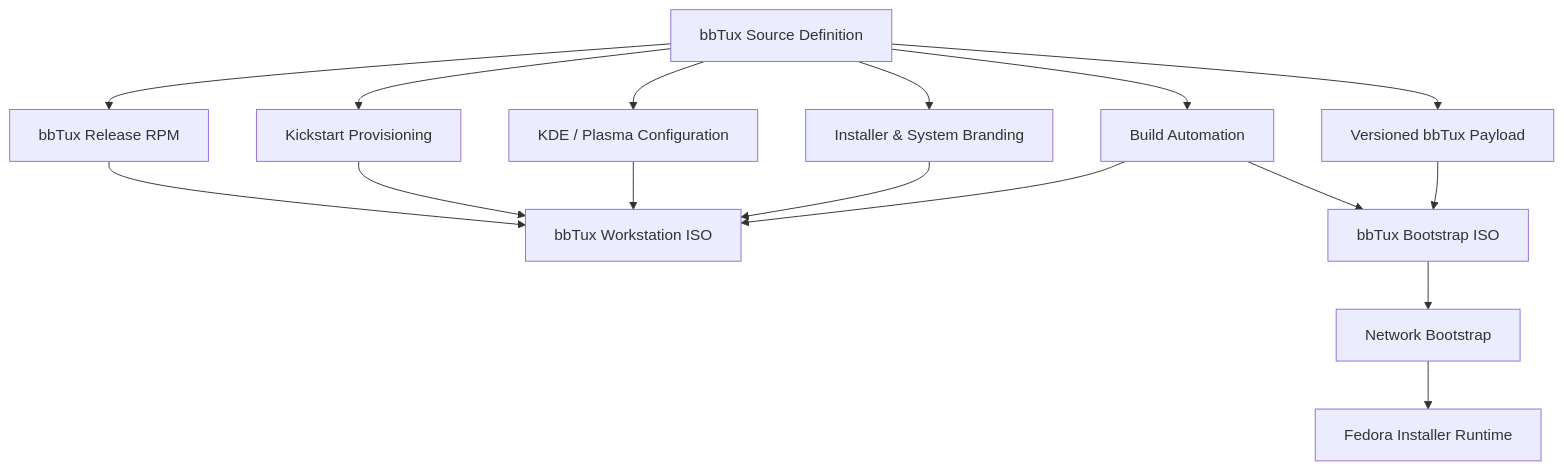
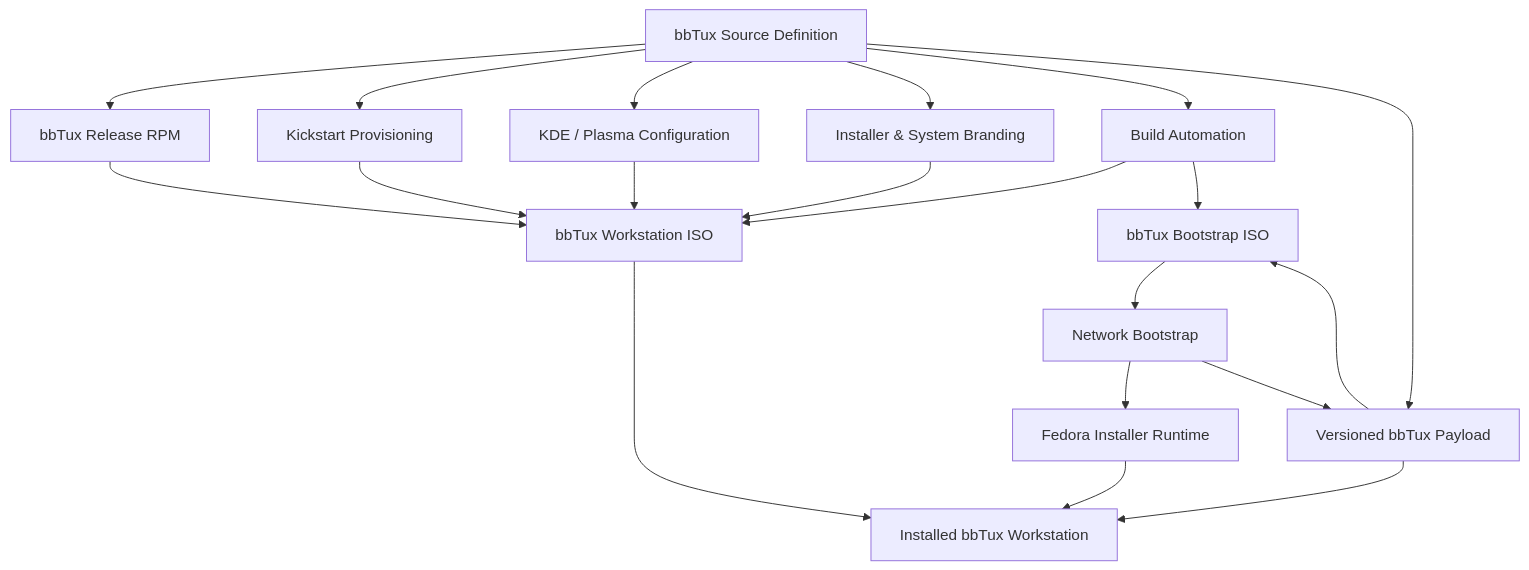
One commit to thepocock/bbTux changed the first of 4 diagrams in README.md. Above: the diagram before and after it, drawn with Mermaid.

````diff
--- a/README.md
+++ b/README.md
@@ -44,24 +44,28 @@
 ```mermaid
 flowchart TD
     SRC["bbTux Source Definition"]
-
     SRC --> RPM["bbTux Release RPM"]
     SRC --> KS["Kickstart Provisioning"]
     SRC --> KDE["KDE / Plasma Configuration"]
     SRC --> BRAND["Installer & System Branding"]
     SRC --> BUILD["Build Automation"]
 
     RPM --> ISO["bbTux Workstation ISO"]
     KS --> ISO
     KDE --> ISO
     BRAND --> ISO
     BUILD --> ISO
 
     SRC --> PAYLOAD["Versioned bbTux Payload"]
     BUILD --> BOOT["bbTux Bootstrap ISO"]
     PAYLOAD --> BOOT
 
     BOOT --> NETWORK["Network Bootstrap"]
     NETWORK --> FEDORA["Fedora Installer Runtime"]
+    NETWORK --> PAYLOAD
+
+    ISO --> SYSTEM["Installed bbTux Workstation"]
+    FEDORA --> SYSTEM
+    PAYLOAD --> SYSTEM
 
 ```
````
